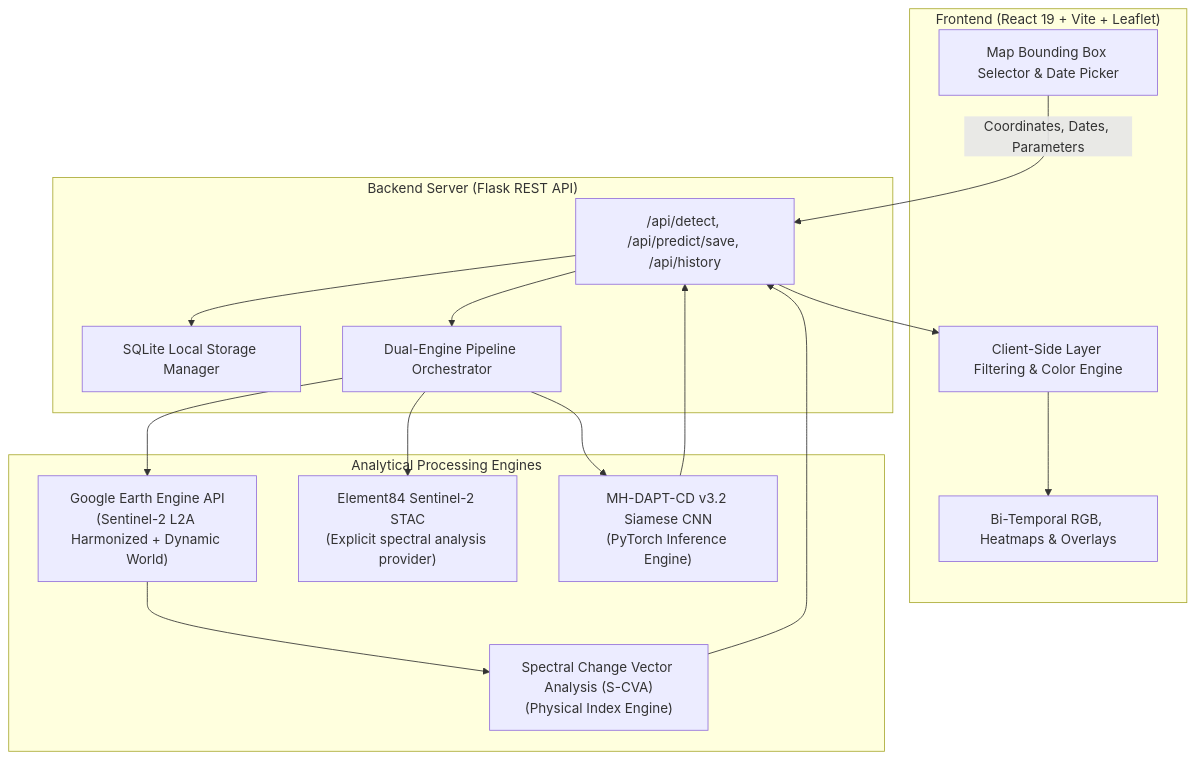
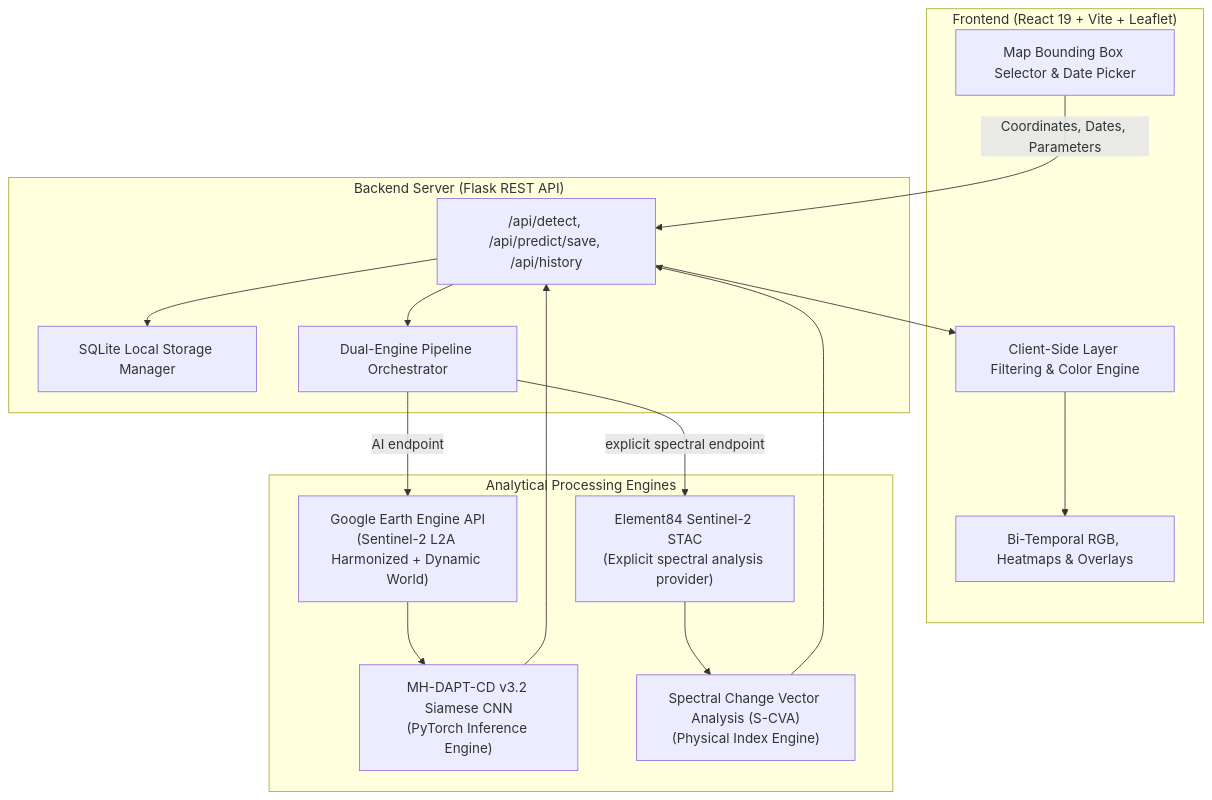
The diagram in README.md (Sumit07125/GeoNexus-Satellite-Change-Detection), drawn with Mermaid before and after one commit. The commit also changed other lines of this file and 12 other files, not shown here.

````diff
--- a/README.md
+++ b/README.md
@@ -39,33 +71,33 @@
 ```mermaid
 flowchart TD
     subgraph Client["Frontend (React 19 + Vite + Leaflet)"]
         UI["Map Bounding Box Selector & Date Picker"]
         Filter["Client-Side Layer Filtering & Color Engine"]
         Display["Bi-Temporal RGB, Heatmaps & Overlays"]
     end
 
     subgraph API["Backend Server (Flask REST API)"]
         Router["/api/detect, /api/predict/save, /api/history"]
         Cache["SQLite Local Storage Manager"]
         Orchestrator["Dual-Engine Pipeline Orchestrator"]
     end
 
     subgraph Engines["Analytical Processing Engines"]
         GEE["Google Earth Engine API\n(Sentinel-2 L2A Harmonized + Dynamic World)"]
         STAC["Element84 Sentinel-2 STAC\n(Explicit spectral analysis provider)"]
         DL["MH-DAPT-CD v3.2 Siamese CNN\n(PyTorch Inference Engine)"]
         SCVA["Spectral Change Vector Analysis (S-CVA)\n(Physical Index Engine)"]
     end
 
     UI -->|Coordinates, Dates, Parameters| Router
     Router --> Cache
     Router --> Orchestrator
-    Orchestrator --> GEE
-    Orchestrator --> STAC
-    GEE --> SCVA
-    Orchestrator --> DL
+    Orchestrator -->|AI endpoint| GEE
+    GEE --> DL
+    Orchestrator -->|explicit spectral endpoint| STAC
+    STAC --> SCVA
     DL --> Router
     SCVA --> Router
     Router --> Filter
     Filter --> Display
 ```
````
